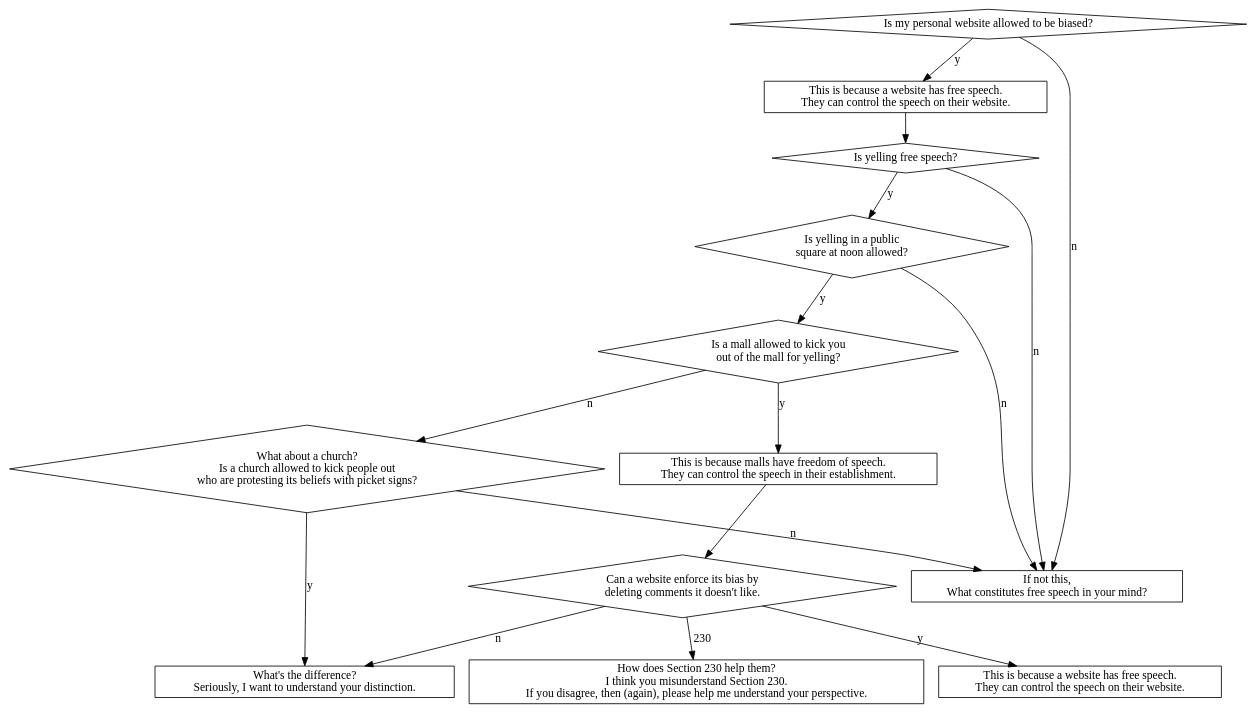
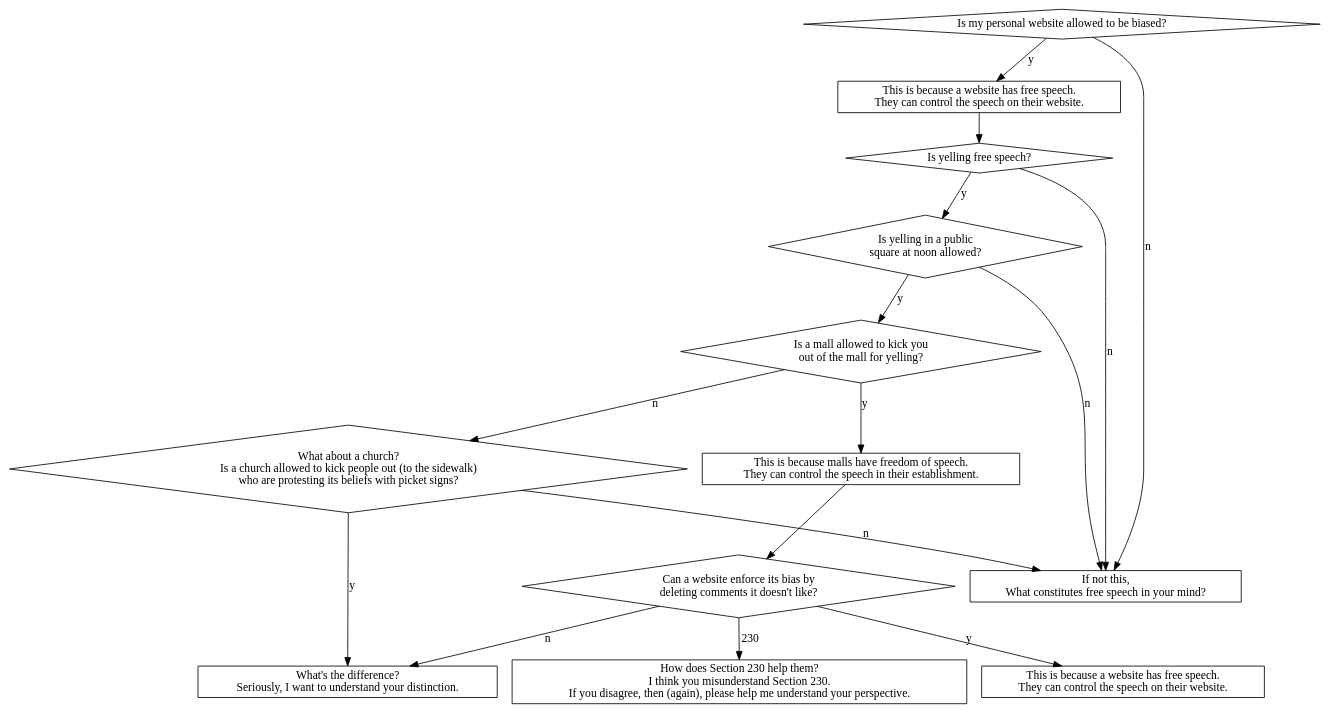
The diagram in speech.dot (mckaysalisbury/politics), drawn with Graphviz before and after one commit.

Commit message:
last(?) karly fixes

```diff
--- a/speech.dot
+++ b/speech.dot
@@ -1,37 +1,37 @@
 digraph speech {
   node [shape=diamond]
   websiteBias [label="Is my personal website allowed to be biased?"]
   websiteBias -> websiteSpeech1 [label="y"]
   websiteSpeech1,websiteSpeech2 [label="This is because a website has free speech.\nThey can control the speech on their website." shape="rectangle"]
   websiteSpeech1 -> yell
   yell [label="Is yelling free speech?"]
   yell -> square [label="y"]
   square [label="Is yelling in a public\nsquare at noon allowed?"]
   square -> mall [label="y"]
   mall [label="Is a mall allowed to kick you\nout of the mall for yelling?"]
   mall -> mallSpeech [label="y"]
   mallSpeech [label="This is because malls have freedom of speech.\nThey can control the speech in their establishment." shape=rectangle]
   mallSpeech -> websiteEnforce
 
-  websiteEnforce [label="Can a website enforce its bias by\ndeleting comments it doesn't like."]
+  websiteEnforce [label="Can a website enforce its bias by\ndeleting comments it doesn't like?"]
   websiteEnforce -> websiteSpeech2 [label="y"]
   websiteEnforce -> difference [label="n"]
 
 
   mall -> church [label="n"]
-  church [label="What about a church?\nIs a church allowed to kick people out\nwho are protesting its beliefs with picket signs?"]
+  church [label="What about a church?\nIs a church allowed to kick people out (to the sidewalk)\nwho are protesting its beliefs with picket signs?"]
   church -> difference [label="y"]
   church -> whatIsFreeSpeech [label="n"]
   difference [label="What's the difference?\nSeriously, I want to understand your distinction." shape="rectangle" href="https://blog.mckaysalisbury.com/2021/01/freedom-of-speech.html" target="_blank"]
 
   websiteBias, yell, square -> whatIsFreeSpeech [label="n"]
   whatIsFreeSpeech [label="If not this,\nWhat constitutes free speech in your mind?" shape=rectangle]
   
   websiteEnforce -> 230 [label="230"]
   230 [label="How does Section 230 help them?\nI think you misunderstand Section 230.\nIf you disagree, then (again), please help me understand your perspective." shape=rectangle href="https://www.techdirt.com/articles/20200531/23325444617/hello-youve-been-referred-here-because-youre-wrong-about-section-230-communications-decency-act.shtml"]
 
 
 
   # home [label="Am I able to control the content that enters my home?"]
 
 }
```
